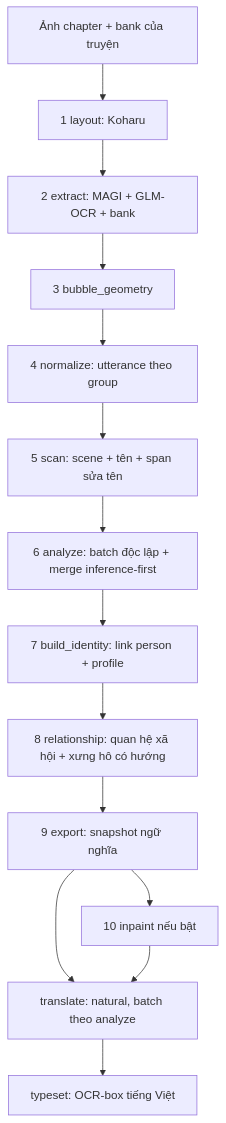
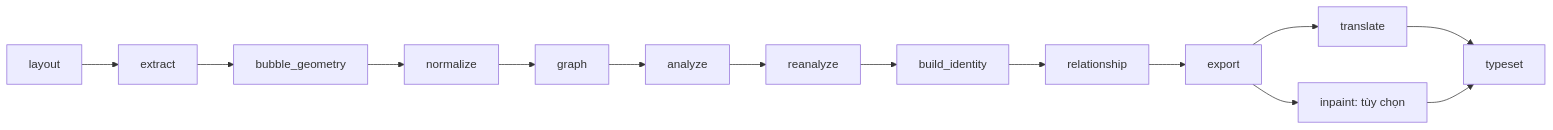
One commit to vpmx555/manga-translation changed the diagram in docs/v7/README.md. Above: the diagram before and after it, drawn with Mermaid. The commit also changed other lines of this file and 254 other files, not shown here.

Commit message:
update v7 graph and docs 01,02

````diff
--- a/docs/v7/README.md
+++ b/docs/v7/README.md
@@ -43,16 +7,16 @@
 ```mermaid
-flowchart TD
-  A[Ảnh chapter + bank của truyện] --> L[1 layout: Koharu]
-  L --> E[2 extract: MAGI + GLM-OCR + bank]
-  E --> G[3 bubble_geometry]
-  G --> N[4 normalize: utterance theo group]
-  N --> S[5 scan: scene + tên + span sửa tên]
-  S --> Z[6 analyze: batch độc lập + merge inference-first]
-  Z --> I[7 build_identity: link person + profile]
-  I --> R[8 relationship: quan hệ xã hội + xưng hô có hướng]
-  R --> X[9 export: snapshot ngữ nghĩa]
-  X --> P[10 inpaint nếu bật]
-  X --> T[translate: natural, batch theo analyze]
-  P --> T
-  T --> Y[typeset: OCR-box tiếng Việt]
+flowchart LR
+    L[layout] --> X[extract]
+    X --> B[bubble_geometry]
+    B --> N[normalize]
+    N --> G[graph]
+    G --> A[analyze]
+    A --> R[reanalyze]
+    R --> I[build_identity]
+    I --> H[relationship]
+    H --> E[export]
+    E --> T[translate]
+    E --> P[inpaint: tùy chọn]
+    T --> S[typeset]
+    P --> S
 ```
````
